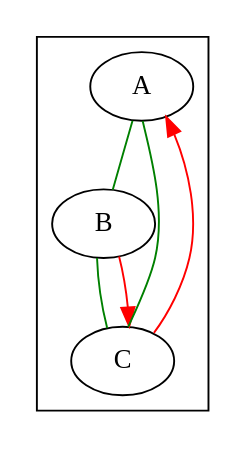
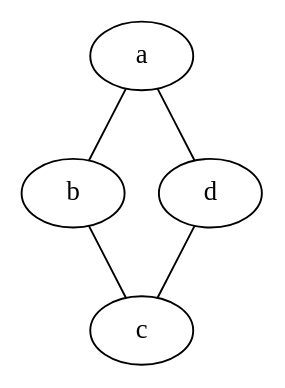
Before and after one commit to lpxxn/dot_graph: the diagram in simple1.dot, drawn with Graphviz. The commit also changed 3 other files, not shown here.

```diff
--- a/simple1.dot
+++ b/simple1.dot
@@ -1,11 +1,7 @@
 digraph G1 {
-    subgraph cluster_1 {
-        edge [dir=none, color=green];
-        A -> B -> C -> A;
-    };
-    subgraph cluster_2 {
-        edge [color=red];
-        B -> C;
-        C -> A;
-    };
+    edge [dir=none];
+    a -> b;
+    a -> d;
+    b -> c;
+    d -> c;
 }
```
